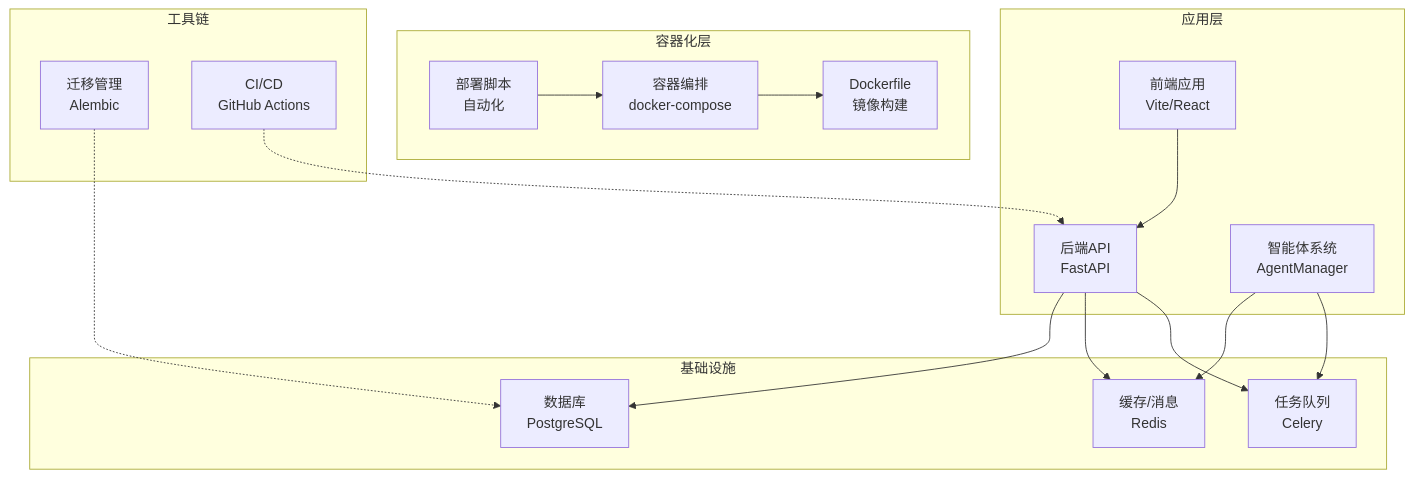
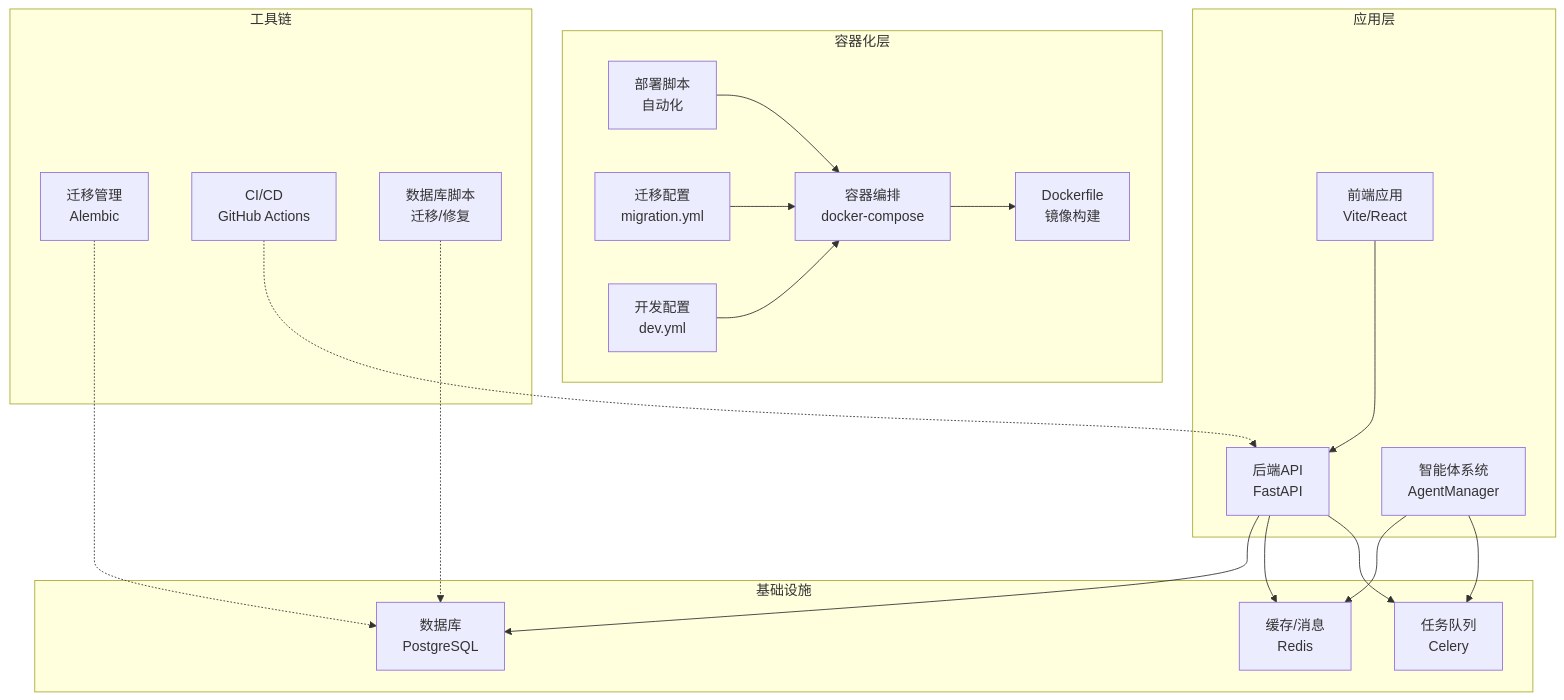
One commit to xfbyxq/ai-novel-system changed the first of 5 diagrams in .qoder/repowiki/zh/content/部署与运维/部署与运维.md. Above: the diagram before and after it, drawn with Mermaid. The commit also changed other lines of this file and 6 other files, not shown here.

First line of the commit message:
feat(architecture): 完善智能体系统核心组件与架构文档

````diff
--- a/.qoder/repowiki/zh/content/部署与运维/部署与运维.md
+++ b/.qoder/repowiki/zh/content/部署与运维/部署与运维.md
@@ -58,32 +68,38 @@
 ```mermaid
 graph TB
 subgraph "应用层"
 FE["前端应用<br/>Vite/React"]
 BE["后端API<br/>FastAPI"]
 AG["智能体系统<br/>AgentManager"]
 end
 subgraph "基础设施"
 PG["数据库<br/>PostgreSQL"]
 RD["缓存/消息<br/>Redis"]
 CW["任务队列<br/>Celery"]
 end
 subgraph "容器化层"
 DC["容器编排<br/>docker-compose"]
 DF["Dockerfile<br/>镜像构建"]
 DS["部署脚本<br/>自动化"]
+DM["迁移配置<br/>migration.yml"]
+DE["开发配置<br/>dev.yml"]
 end
 subgraph "工具链"
 AL["迁移管理<br/>Alembic"]
 GH["CI/CD<br/>GitHub Actions"]
+DB["数据库脚本<br/>迁移/修复"]
 end
 FE --> BE
 BE --> PG
 BE --> RD
 BE --> CW
 AG --> RD
 AG --> CW
 DC --> DF
 DS --> DC
+DM --> DC
+DE --> DC
 AL -.-> PG
+DB -.-> PG
 GH -.-> BE
 ```
````
